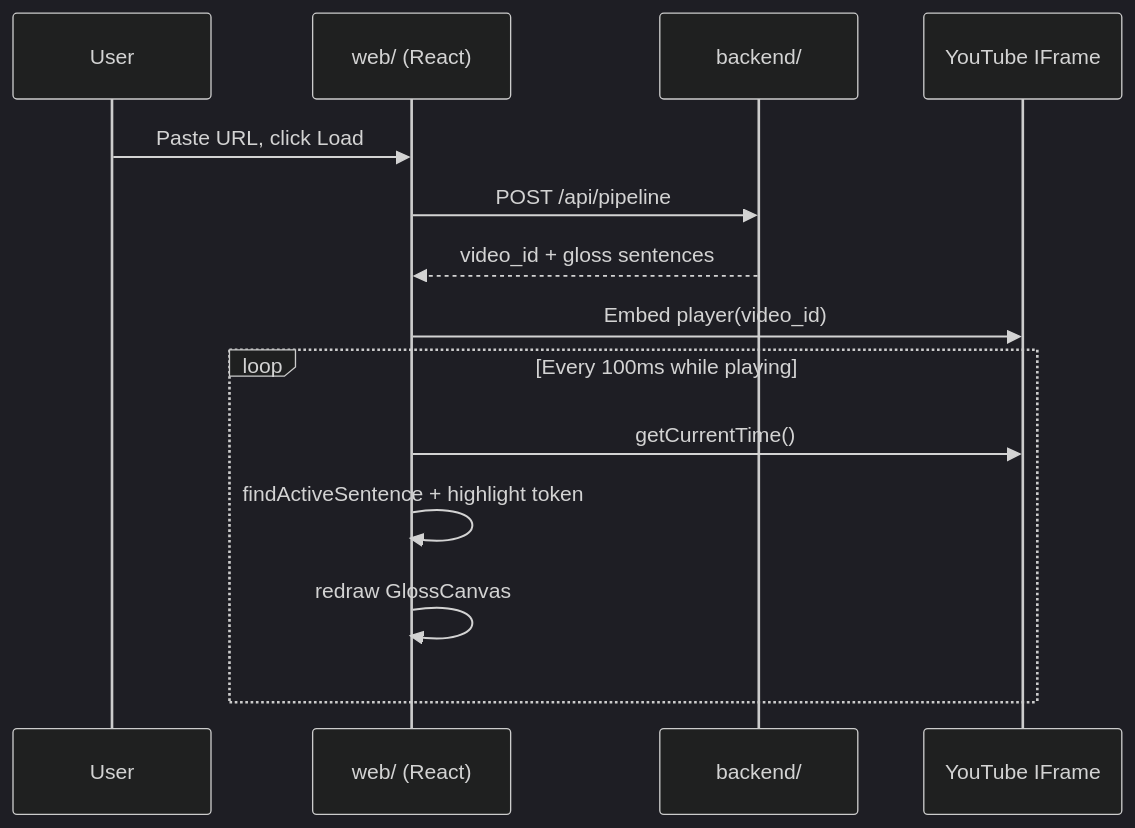
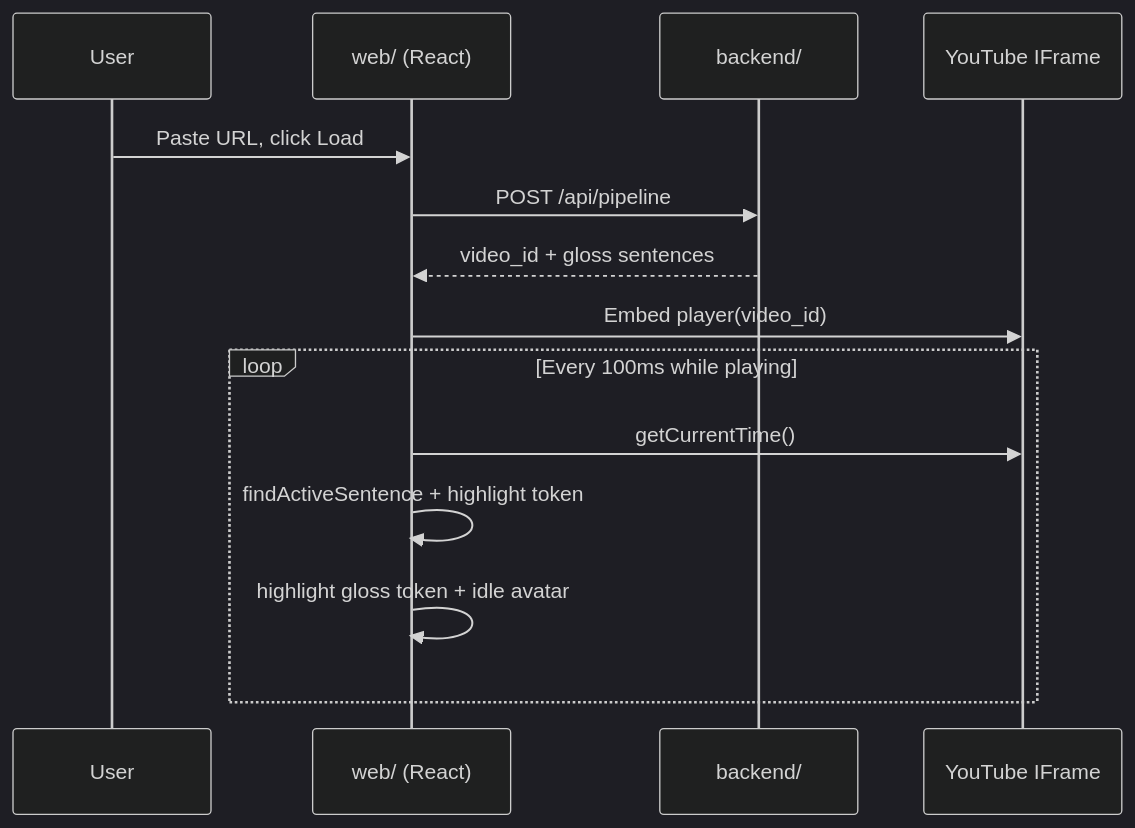
One commit to ashishkumrgupta/ISL-WATCH changed the diagram in docs/WEB_PLAYER.md. Above: the diagram before and after it, drawn with Mermaid (dark theme). The commit also changed other lines of this file and 32 other files, not shown here.

````diff
--- a/docs/WEB_PLAYER.md
+++ b/docs/WEB_PLAYER.md
@@ -19,17 +19,17 @@
 ```mermaid
 sequenceDiagram
   participant User
   participant Web as web/ (React)
   participant API as backend/
   participant YT as YouTube IFrame
 
   User->>Web: Paste URL, click Load
   Web->>API: POST /api/pipeline
   API-->>Web: video_id + gloss sentences
   Web->>YT: Embed player(video_id)
   loop Every 100ms while playing
     Web->>YT: getCurrentTime()
     Web->>Web: findActiveSentence + highlight token
-    Web->>Web: redraw GlossCanvas
+    Web->>Web: highlight gloss token + idle avatar
   end
 ```
````
